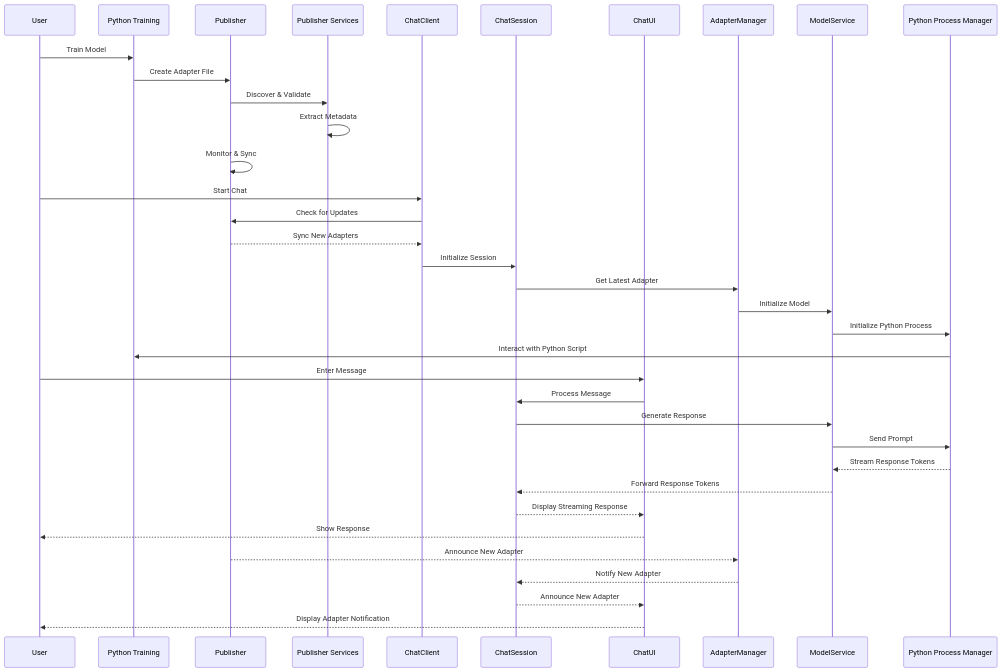
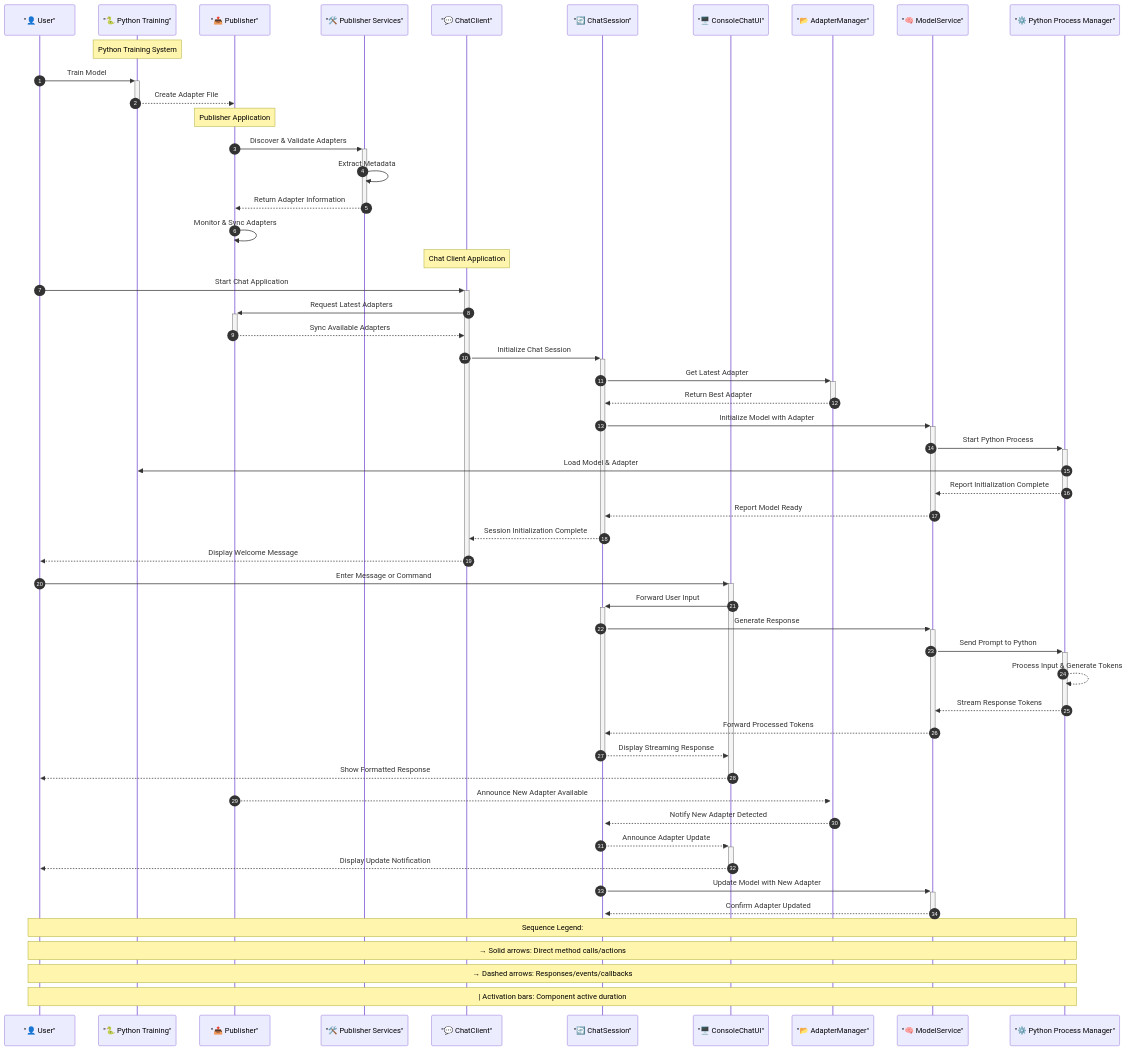
Before and after one commit to gsinghjay/LLMAdapterClient: the fifth of 7 diagrams in README.md, drawn with Mermaid. The commit also changed other lines of this file, not shown here.

Commit message:
docs(diagrams): update Implementation Status diagram to use compact layout

````diff
--- a/README.md
+++ b/README.md
@@ -343,42 +367,76 @@
 ```mermaid
 sequenceDiagram
-    participant User
-    participant Training as Python Training
-    participant Publisher
-    participant Services as Publisher Services
-    participant ChatClient
-    participant ChatSession
-    participant ChatUI
-    participant AdapterManager
-    participant ModelService
-    participant PythonMgr as Python Process Manager
+    %% Participants with emoji and color indicators
+    participant User as "👤 User"
+    participant Training as "🐍 Python Training"
+    participant Publisher as "📤 Publisher"
+    participant Services as "🛠️ Publisher Services"
+    participant ChatClient as "💬 ChatClient"
+    participant ChatSession as "🔄 ChatSession"
+    participant ChatUI as "🖥️ ConsoleChatUI"
+    participant AdapterManager as "📂 AdapterManager"
+    participant ModelService as "🧠 ModelService"
+    participant PythonMgr as "⚙️ Python Process Manager"
     
-    User->>Training: Train Model
-    Training->>Publisher: Create Adapter File
-    Publisher->>Services: Discover & Validate
+    %% Section headers with color notes
+    Note over Training: Python Training System
+    
+    %% Adapter Training Flow
+    autonumber 1
+    User->>+Training: Train Model
+    Training-->>-Publisher: Create Adapter File
+    
+    Note over Publisher: Publisher Application
+    
+    %% Publisher Processing Flow
+    autonumber 3
+    Publisher->>+Services: Discover & Validate Adapters
     Services->>Services: Extract Metadata
-    Publisher->>Publisher: Monitor & Sync
+    Services-->>-Publisher: Return Adapter Information
+    Publisher->>Publisher: Monitor & Sync Adapters
     
-    User->>ChatClient: Start Chat
-    ChatClient->>Publisher: Check for Updates
-    Publisher-->>ChatClient: Sync New Adapters
-    ChatClient->>ChatSession: Initialize Session
-    ChatSession->>AdapterManager: Get Latest Adapter
-    AdapterManager->>ModelService: Initialize Model
-    ModelService->>PythonMgr: Initialize Python Process
-    PythonMgr->>Training: Interact with Python Script
+    Note over ChatClient: Chat Client Application
     
-    User->>ChatUI: Enter Message
-    ChatUI->>ChatSession: Process Message
-    ChatSession->>ModelService: Generate Response
-    ModelService->>PythonMgr: Send Prompt
-    PythonMgr-->>ModelService: Stream Response Tokens
-    ModelService-->>ChatSession: Forward Response Tokens
-    ChatSession-->>ChatUI: Display Streaming Response
-    ChatUI-->>User: Show Response
+    %% Chat Initialization Flow
+    autonumber 7
+    User->>+ChatClient: Start Chat Application
+    ChatClient->>+Publisher: Request Latest Adapters
+    Publisher-->>-ChatClient: Sync Available Adapters
+    ChatClient->>+ChatSession: Initialize Chat Session
+    ChatSession->>+AdapterManager: Get Latest Adapter
+    AdapterManager-->>-ChatSession: Return Best Adapter
+    ChatSession->>+ModelService: Initialize Model with Adapter
+    ModelService->>+PythonMgr: Start Python Process
+    PythonMgr->>Training: Load Model & Adapter
+    PythonMgr-->>-ModelService: Report Initialization Complete
+    ModelService-->>-ChatSession: Report Model Ready
+    ChatSession-->>-ChatClient: Session Initialization Complete
+    ChatClient-->>-User: Display Welcome Message
     
-    Publisher-->>AdapterManager: Announce New Adapter
-    AdapterManager-->>ChatSession: Notify New Adapter
-    ChatSession-->>ChatUI: Announce New Adapter
-    ChatUI-->>User: Display Adapter Notification
+    %% Chat Interaction Flow
+    autonumber 20
+    User->>+ChatUI: Enter Message or Command
+    ChatUI->>+ChatSession: Forward User Input
+    ChatSession->>+ModelService: Generate Response
+    ModelService->>+PythonMgr: Send Prompt to Python
+    PythonMgr-->>PythonMgr: Process Input & Generate Tokens
+    PythonMgr-->>-ModelService: Stream Response Tokens
+    ModelService-->>-ChatSession: Forward Processed Tokens
+    ChatSession-->>-ChatUI: Display Streaming Response
+    ChatUI-->>-User: Show Formatted Response
+    
+    %% New Adapter Notification Flow
+    autonumber 29
+    Publisher-->>+AdapterManager: Announce New Adapter Available
+    AdapterManager-->>+ChatSession: Notify New Adapter Detected
+    ChatSession-->>+ChatUI: Announce Adapter Update
+    ChatUI-->>-User: Display Update Notification
+    ChatSession->>+ModelService: Update Model with New Adapter
+    ModelService-->>-ChatSession: Confirm Adapter Updated
+    
+    %% Legend
+    Note over User, PythonMgr: Sequence Legend:
+    Note over User, PythonMgr: → Solid arrows: Direct method calls/actions
+    Note over User, PythonMgr: → Dashed arrows: Responses/events/callbacks
+    Note over User, PythonMgr: | Activation bars: Component active duration
 ```
````
